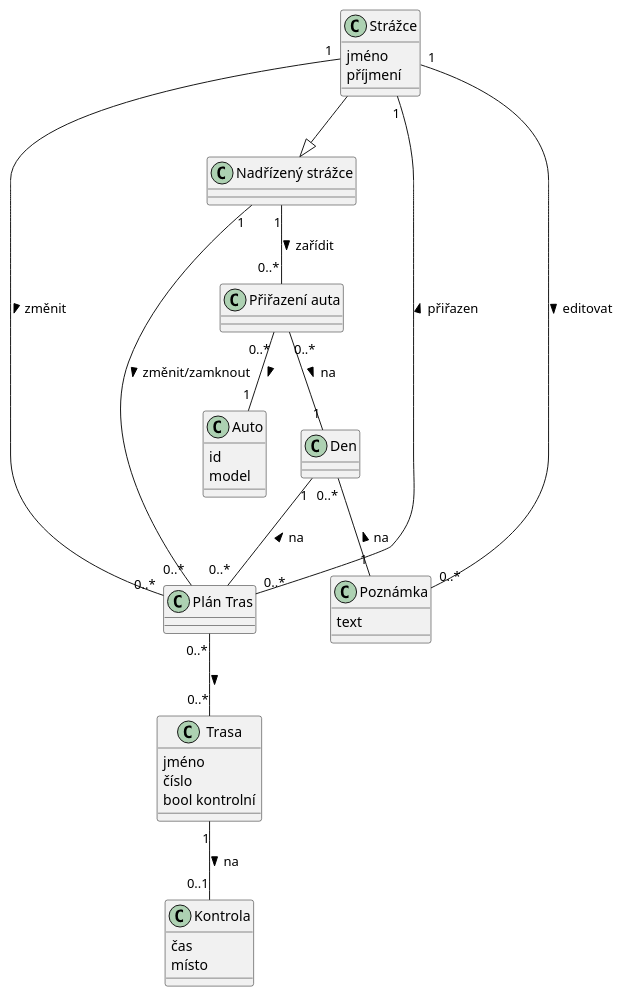
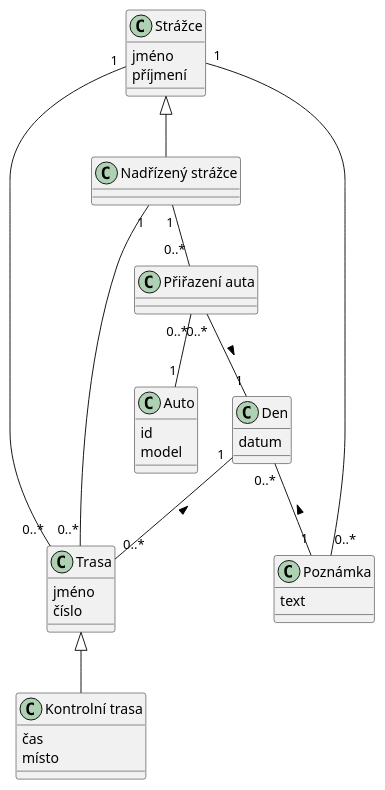
The diagram in Zakladni-souhrn.md (korandom/NP-strazci), drawn with PlantUML before and after one commit. The commit also changed 1 other file, not shown here.

Commit message:
Oprava doménového modelu

````diff
--- a/Zakladni-souhrn.md
+++ b/Zakladni-souhrn.md
@@ -12,45 +12,51 @@
 ```plantuml
 @startuml
+
 class "Nadřízený strážce"
+
 class Strážce {
   jméno
   příjmení
 }
-class "Plán Tras"
-class Poznámka {
-  text
-}
+
 class Trasa{
   jméno
   číslo
-  bool kontrolní
 }
-class Kontrola{
+
+class "Kontrolní trasa"{
   čas
   místo
 }
+
 class "Přiřazení auta" 
+
+class Den  {
+  datum
+}
+
 class Auto {
   id
   model
 }
-class Den  
 
-"Nadřízený strážce" <|-U-  Strážce
+class Poznámka {
+  text
+}
 
-"Nadřízený strážce" "1" -- "0..*"  "Přiřazení auta" : > zařídit
-"Nadřízený strážce" "1" -- "0..*"  "Plán Tras" : > změnit/zamknout
+Strážce <|--  "Nadřízený strážce"
+Trasa <|-- "Kontrolní trasa" 
 
-Den "0..*" -- "1"  Poznámka  : < na
-Den "1" -- "0..*"  "Plán Tras" : < na
+"Nadřízený strážce" "1" -- "0..*"  "Přiřazení auta" 
+"Nadřízený strážce" "1" -- "0..*"  Trasa 
 
-"Plán Tras" "0..*" -- "0..*" Trasa : > 
-"Přiřazení auta" "0..*" -- "1"  Den : > na
-"Přiřazení auta" "0..*" -- "1"  Auto : >
-Trasa "1" -- "0..1" Kontrola : > na
+Den "0..*" -- "1"  Poznámka  : <
+Den "1" -- "0..*"  Trasa : <
+ 
+"Přiřazení auta" "0..*" -- "1"  Den : > 
+"Přiřazení auta" "0..*" -- "1"  Auto 
 
-Strážce "1" -- "0..*"  Poznámka : > editovat
-Strážce "1" -- "0..*"  "Plán Tras" : > změnit
-Strážce "1" -- "0..*"  "Plán Tras" : < přiřazen
+Strážce "1" -- "0..*"  Poznámka 
+Strážce "1" -- "0..*"  "Trasa" 
 @enduml
 ```
````
